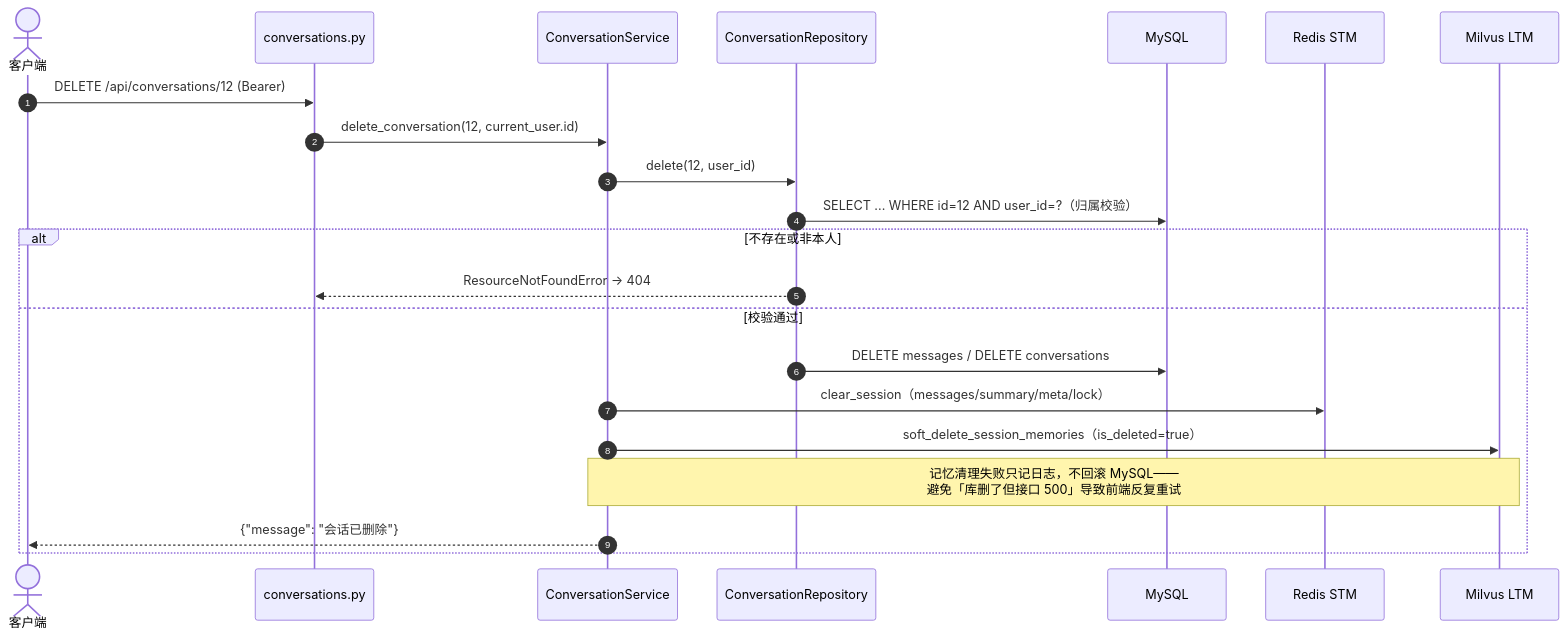
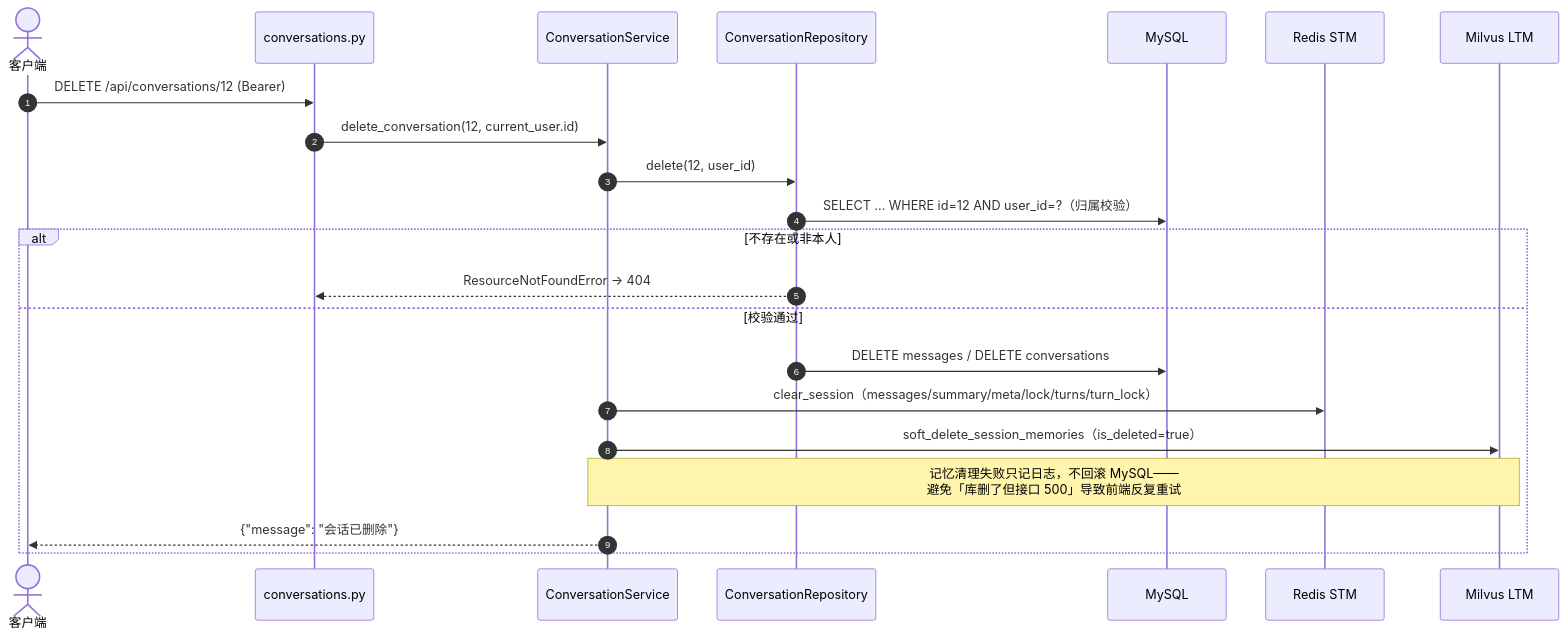
Before and after one commit to bitladykiller/-: the third of 5 diagrams in docs/modules/02-API接口.md, drawn with Mermaid. The commit also changed other lines of this file and 19 other files, not shown here.

````diff
--- a/docs/modules/02-API接口.md
+++ b/docs/modules/02-API接口.md
@@ -292,25 +295,25 @@
 ```mermaid
 sequenceDiagram
     autonumber
     actor Client as 客户端
     participant API as conversations.py
     participant Service as ConversationService
     participant Repo as ConversationRepository
     participant MySQL as MySQL
     participant STM as Redis STM
     participant LTM as Milvus LTM
 
     Client->>API: DELETE /api/conversations/12 (Bearer)
     API->>Service: delete_conversation(12, current_user.id)
     Service->>Repo: delete(12, user_id)
     Repo->>MySQL: SELECT ... WHERE id=12 AND user_id=?（归属校验）
     alt 不存在或非本人
         Repo-->>API: ResourceNotFoundError → 404
     else 校验通过
         Repo->>MySQL: DELETE messages / DELETE conversations
-        Service->>STM: clear_session（messages/summary/meta/lock）
+        Service->>STM: clear_session（messages/summary/meta/lock/turns/turn_lock）
         Service->>LTM: soft_delete_session_memories（is_deleted=true）
         Note over Service,LTM: 记忆清理失败只记日志，不回滚 MySQL——<br/>避免「库删了但接口 500」导致前端反复重试
         Service-->>Client: {"message": "会话已删除"}
     end
 ```
````
